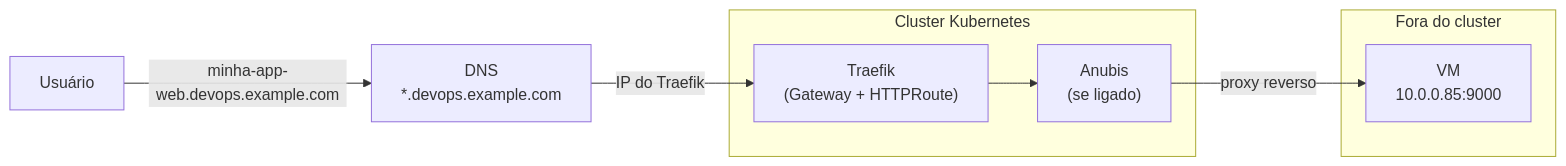
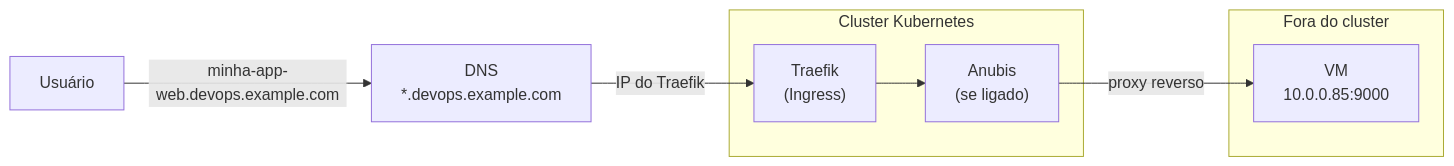
The second of 3 diagrams in README-PT-br.md (jcfenuchi/K8S-traefik-gateway-routes), drawn with Mermaid before and after one commit. The commit also changed other lines of this file and 10 other files, not shown here.

First line of the commit message:
Troca Gateway API por Ingress padrão do Kubernetes

````diff
--- a/README-PT-br.md
+++ b/README-PT-br.md
@@ -71,15 +71,15 @@
 ```mermaid
 flowchart LR
     U["Usuário"] -->|"minha-app-web.devops.example.com"| D["DNS<br/>*.devops.example.com"]
     D -->|"IP do Traefik"| T
 
     subgraph cluster["Cluster Kubernetes"]
-        T["Traefik<br/>(Gateway + HTTPRoute)"] --> A["Anubis<br/>(se ligado)"]
+        T["Traefik<br/>(Ingress)"] --> A["Anubis<br/>(se ligado)"]
     end
 
     subgraph fora["Fora do cluster"]
         V["VM<br/>10.0.0.85:9000"]
     end
 
     A -->|"proxy reverso"| V
 ```
````
